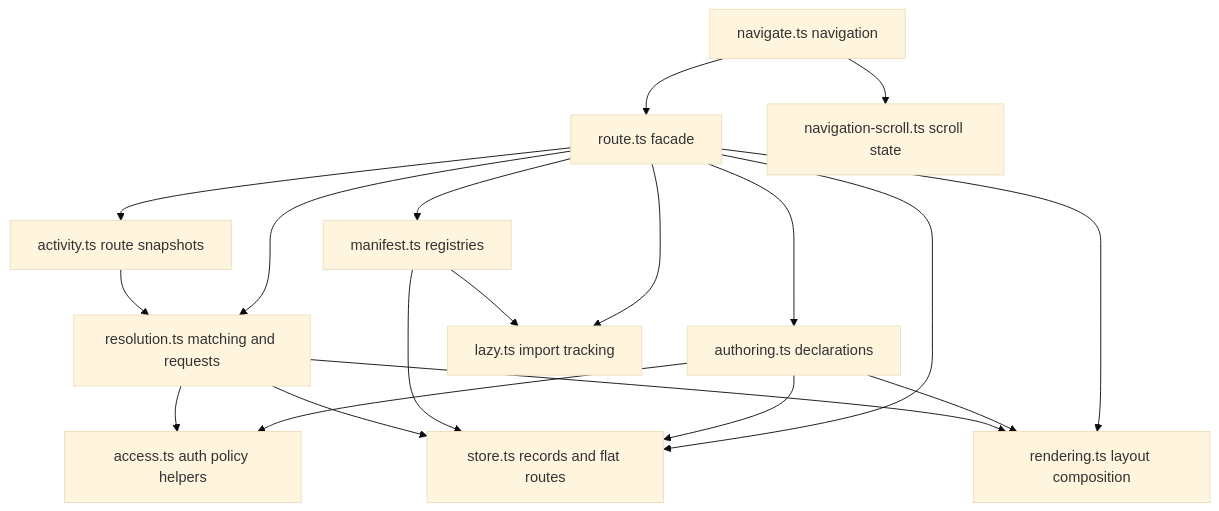
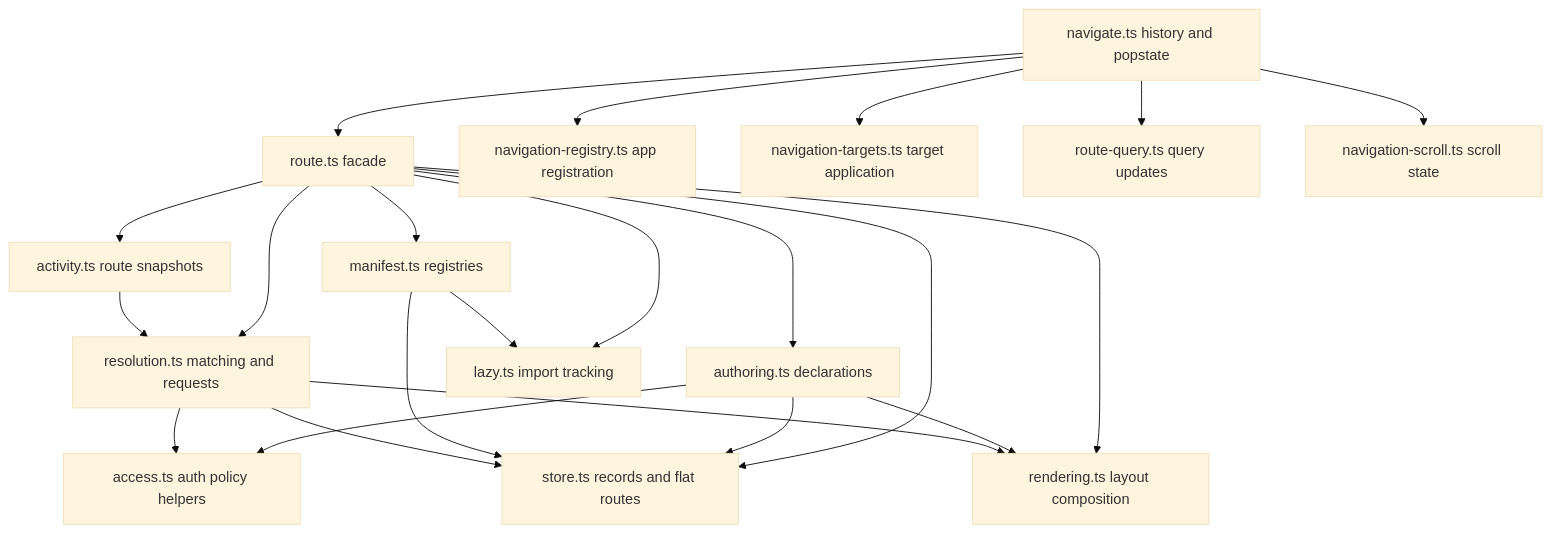
The diagram in docs/internals/router-manifest.md (askrjs/askr), drawn with Mermaid (base theme) before and after one commit. The commit also changed other lines of this file and 41 other files, not shown here.

Commit message:
refactor architecture owner modules

````diff
--- a/docs/internals/router-manifest.md
+++ b/docs/internals/router-manifest.md
@@ -60,33 +66,39 @@
 ```mermaid
 flowchart TB
   facade[route.ts facade]
   authoring[authoring.ts declarations]
   store[store.ts records and flat routes]
   manifest[manifest.ts registries]
   rendering[rendering.ts layout composition]
   resolution[resolution.ts matching and requests]
   activity[activity.ts route snapshots]
   access[access.ts auth policy helpers]
   lazy[lazy.ts import tracking]
-  navigate[navigate.ts navigation]
+  navigate[navigate.ts history and popstate]
+  registry[navigation-registry.ts app registration]
+  targets[navigation-targets.ts target application]
+  routeQuery[route-query.ts query updates]
   scroll[navigation-scroll.ts scroll state]
 
   facade --> authoring
   facade --> store
   facade --> manifest
   facade --> rendering
   facade --> resolution
   facade --> activity
   facade --> lazy
   authoring --> access
   authoring --> store
   authoring --> rendering
   manifest --> store
   manifest --> lazy
   resolution --> access
   resolution --> store
   resolution --> rendering
   activity --> resolution
   navigate --> facade
+  navigate --> registry
+  navigate --> targets
+  navigate --> routeQuery
   navigate --> scroll
 ```
````
